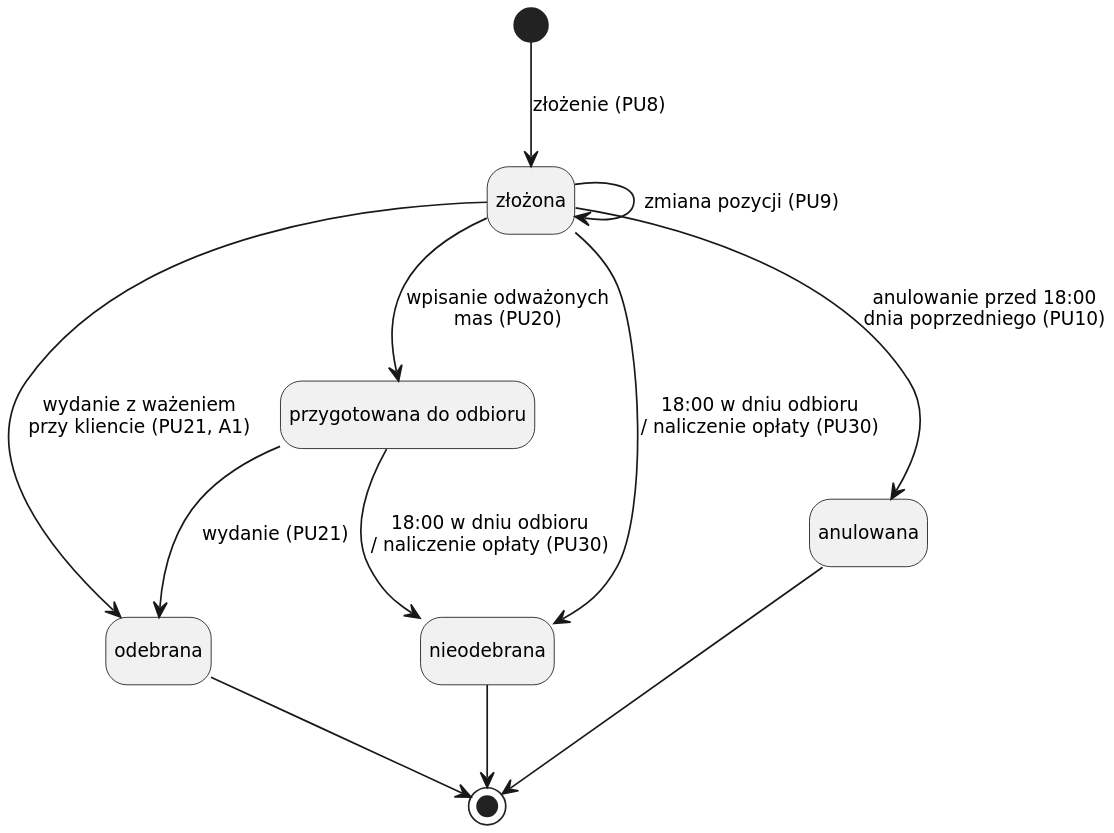
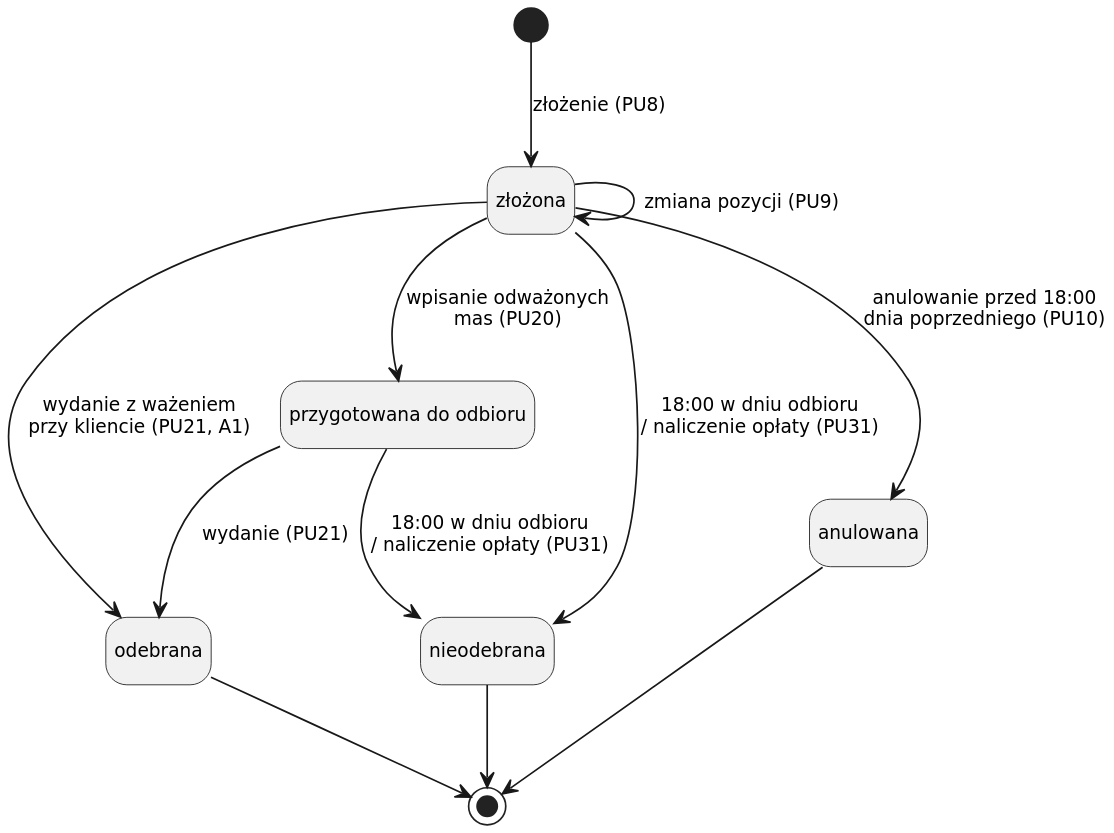
Before and after one commit to Kariseks/internetowe_bazy_danych: the diagram in dokumentacja/rysunki/diagramy/src/stany-rezerwacja.puml, drawn with PlantUML. The commit also changed 23 other files, not shown here.

First line of the commit message:
Poprawki merytoryczne po przeglądzie, ERD i zasady pisania

```diff
--- a/dokumentacja/rysunki/diagramy/src/stany-rezerwacja.puml
+++ b/dokumentacja/rysunki/diagramy/src/stany-rezerwacja.puml
@@ -1,27 +1,27 @@
 @startuml stany-rezerwacja
 skinparam monochrome true
 skinparam shadowing false
 skinparam dpi 200
 skinparam defaultFontName DejaVu Sans
 skinparam defaultFontSize 11
 hide empty description
 
 state "złożona" as Zlozona
 state "przygotowana do odbioru" as Przygotowana
 state "odebrana" as Odebrana
 state "anulowana" as Anulowana
 state "nieodebrana" as Nieodebrana
 
 [*] --> Zlozona : złożenie (PU8)
 Zlozona --> Zlozona : zmiana pozycji (PU9)
 Zlozona --> Anulowana : anulowanie przed 18:00\ndnia poprzedniego (PU10)
 Zlozona --> Przygotowana : wpisanie odważonych\nmas (PU20)
 Zlozona --> Odebrana : wydanie z ważeniem\nprzy kliencie (PU21, A1)
-Zlozona --> Nieodebrana : 18:00 w dniu odbioru\n/ naliczenie opłaty (PU30)
+Zlozona --> Nieodebrana : 18:00 w dniu odbioru\n/ naliczenie opłaty (PU31)
 Przygotowana --> Odebrana : wydanie (PU21)
-Przygotowana --> Nieodebrana : 18:00 w dniu odbioru\n/ naliczenie opłaty (PU30)
+Przygotowana --> Nieodebrana : 18:00 w dniu odbioru\n/ naliczenie opłaty (PU31)
 
 Anulowana --> [*]
 Odebrana --> [*]
 Nieodebrana --> [*]
 @enduml
```
